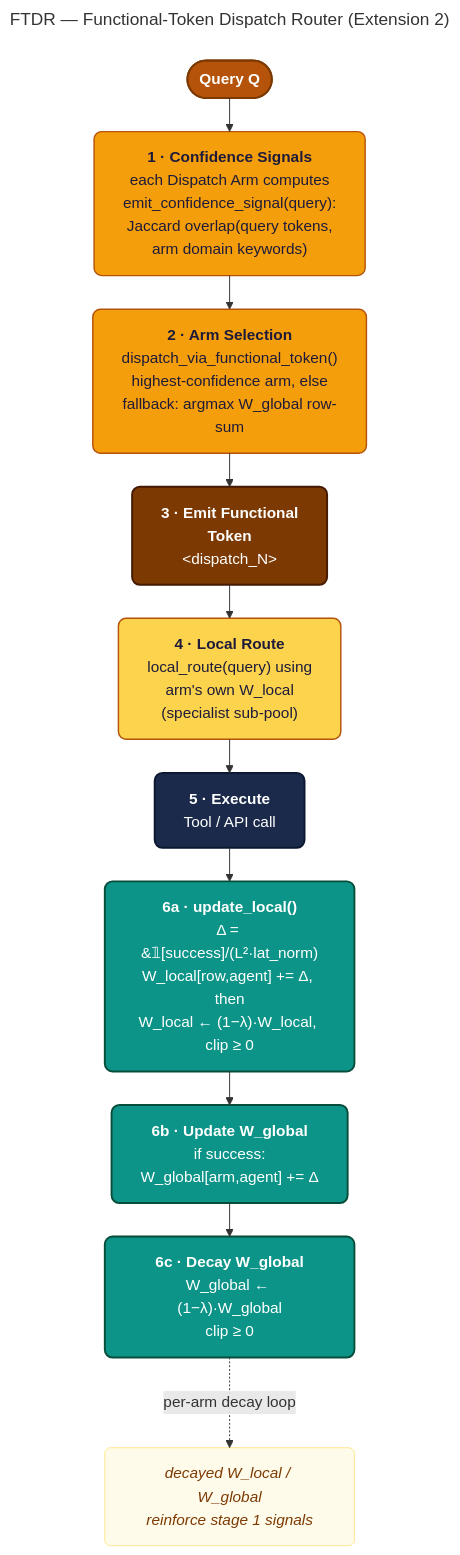
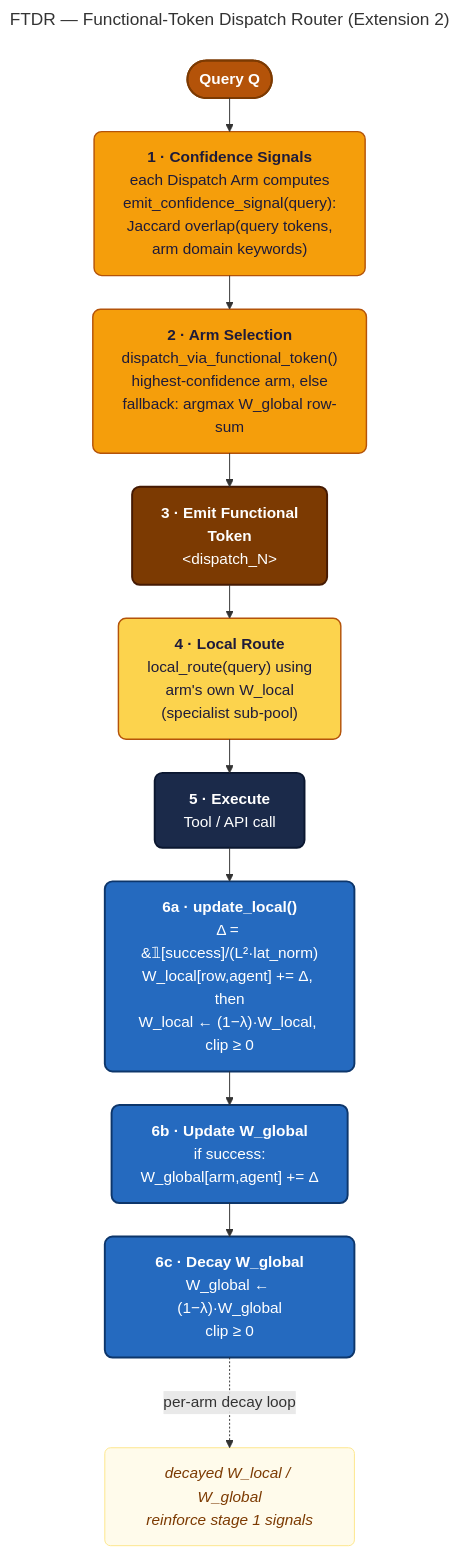
Before and after one commit to joyjeni/aprr-multi-agent-routing: the fourth of 4 diagrams in README.md, drawn with Mermaid. The commit also changed other lines of this file, not shown here.

````diff
--- a/README.md
+++ b/README.md
@@ -169,30 +206,30 @@
 ```mermaid
 ---
 title: FTDR — Functional-Token Dispatch Router (Extension 2)
 config:
   layout: elk
 ---
 flowchart TD
     Q(["<b>Query Q</b>"]):::input
     SIG["<b>1 · Confidence Signals</b><br/>each Dispatch Arm computes<br/>emit_confidence_signal(query):<br/>Jaccard overlap(query tokens,<br/>arm domain keywords)"]:::deep
     PICK["<b>2 · Arm Selection</b><br/>dispatch_via_functional_token()<br/>highest-confidence arm, else<br/>fallback: argmax W_global row-sum"]:::deep
     TOK["<b>3 · Emit Functional<br/>Token</b><br/>&lt;dispatch_N&gt;"]:::token
     LR1["<b>4 · Local Route</b><br/>local_route(query) using<br/>arm's own W_local<br/>(specialist sub-pool)"]:::deep2
     EXEC["<b>5 · Execute</b><br/>Tool / API call"]:::exec
     U1["<b>6a · update_local()</b><br/>&Delta; = &#120793;[success]/(L&sup2;&middot;lat_norm)<br/>W_local[row,agent] += &Delta;, then<br/>W_local &larr; (1&minus;&lambda;)&middot;W_local, clip &ge; 0"]:::update
     U2["<b>6b · Update W_global</b><br/>if success:<br/>W_global[arm,agent] += &Delta;"]:::update
     U3["<b>6c · Decay W_global</b><br/>W_global &larr; (1&minus;&lambda;)&middot;W_global<br/>clip &ge; 0"]:::update
     NOTE["<i>decayed W_local / W_global<br/>reinforce stage 1 signals</i>"]:::note
 
     Q --> SIG --> PICK --> TOK --> LR1 --> EXEC
     EXEC --> U1 --> U2 --> U3
     U3 -.->|"per-arm decay loop"| NOTE
 
     classDef input fill:#B45309,color:#ffffff,stroke:#7C3A02,stroke-width:2px,rx:8,ry:8
     classDef deep fill:#F59E0B,color:#1E1B3A,stroke:#B45309,stroke-width:1.5px,rx:8,ry:8
     classDef token fill:#7C3A02,color:#ffffff,stroke:#451A03,stroke-width:2px,rx:8,ry:8
     classDef deep2 fill:#FCD34D,color:#1E1B3A,stroke:#B45309,stroke-width:1.5px,rx:8,ry:8
     classDef exec fill:#1B2A4A,color:#ffffff,stroke:#0B1730,stroke-width:2px,rx:8,ry:8
-    classDef update fill:#0D9488,color:#ffffff,stroke:#064E3B,stroke-width:2px,rx:8,ry:8
+    classDef update fill:#256abf,color:#ffffff,stroke:#0d366b,stroke-width:2px,rx:8,ry:8
     classDef note fill:#FFFBEB,color:#7C3A02,stroke:#FDE68A,stroke-width:1px,rx:6,ry:6
 ```
````
